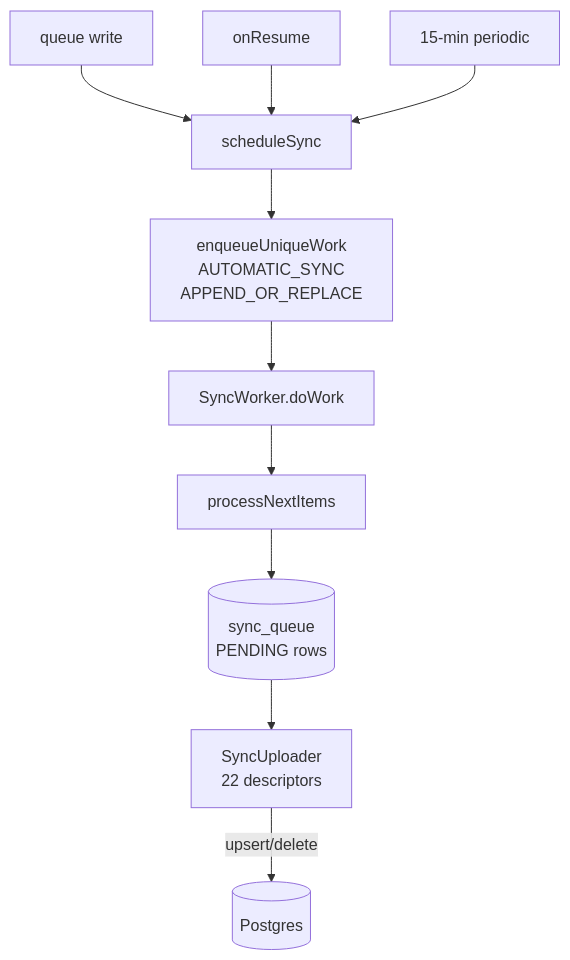
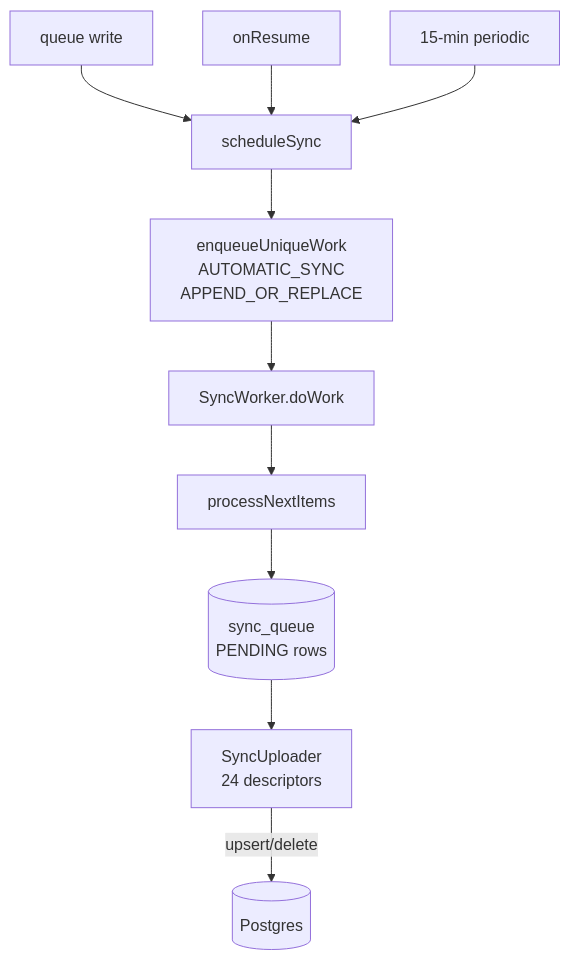
The third of 8 diagrams in docs/Knowledge_Base/Data Flow.md (CyferBoy/Neo_Child_Clinic), drawn with Mermaid before and after one commit. The commit also changed other lines of this file and 86 other files, not shown here.

````diff
--- a/docs/Knowledge_Base/Data Flow.md
+++ b/docs/Knowledge_Base/Data Flow.md
@@ -85,12 +85,12 @@
 ```mermaid
 flowchart TD
     T1["queue write"] --> S["scheduleSync"]
     T2["onResume"] --> S
     T3["15-min periodic"] --> S
     S --> WM["enqueueUniqueWork<br/>AUTOMATIC_SYNC<br/>APPEND_OR_REPLACE"]
     WM --> W["SyncWorker.doWork"]
     W --> P["processNextItems"]
     P --> Q[("sync_queue<br/>PENDING rows")]
-    Q --> U["SyncUploader<br/>22 descriptors"]
+    Q --> U["SyncUploader<br/>24 descriptors"]
     U -->|upsert/delete| PG[("Postgres")]
 ```
````
